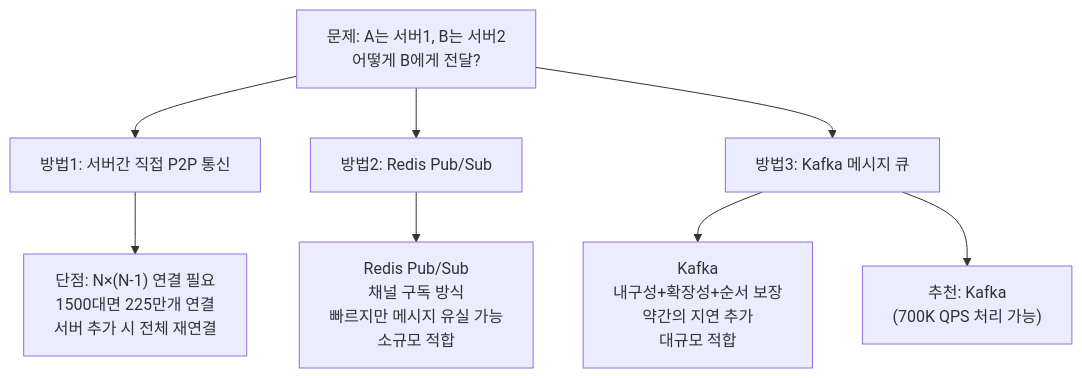
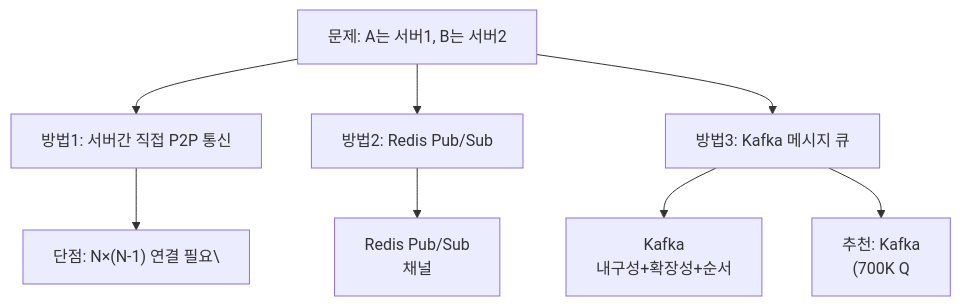
One commit to yjkim2015/yjkim2015.github.io changed the fourth of 9 diagrams in _posts/systemdesign/2026-05-02-system-design-chat.md. Above: the diagram before and after it, drawn with Mermaid. The commit also changed other lines of this file and 271 other files, not shown here.

First line of the commit message:
Mermaid 라벨 축소: 긴 노드 텍스트 18자 이하로 트림 + \n 제거

````diff
--- a/_posts/systemdesign/2026-05-02-system-design-chat.md
+++ b/_posts/systemdesign/2026-05-02-system-design-chat.md
@@ -154,11 +154,11 @@
 ```mermaid
 graph TD
-    Problem["문제: A는 서버1, B는 서버2\n어떻게 B에게 전달?"]
+    Problem["문제: A는 서버1, B는 서버2"]
     Problem --> Sol1["방법1: 서버간 직접 P2P 통신"]
     Problem --> Sol2["방법2: Redis Pub/Sub"]
     Problem --> Sol3["방법3: Kafka 메시지 큐"]
-    Sol1 --> D1["단점: N×(N-1) 연결 필요\n1500대면 225만개 연결\n서버 추가 시 전체 재연결"]
-    Sol2 --> D2["Redis Pub/Sub\n채널 구독 방식\n빠르지만 메시지 유실 가능\n소규모 적합"]
-    Sol3 --> D3["Kafka\n내구성+확장성+순서 보장\n약간의 지연 추가\n대규모 적합"]
-    Sol3 --> Rec["추천: Kafka\n(700K QPS 처리 가능)"]
+    Sol1 --> D1["단점: N×(N-1) 연결 필요\"]
+    Sol2 --> D2["Redis Pub/Sub\n채널"]
+    Sol3 --> D3["Kafka\n내구성+확장성+순서"]
+    Sol3 --> Rec["추천: Kafka\n(700K Q"]
 ```
````
